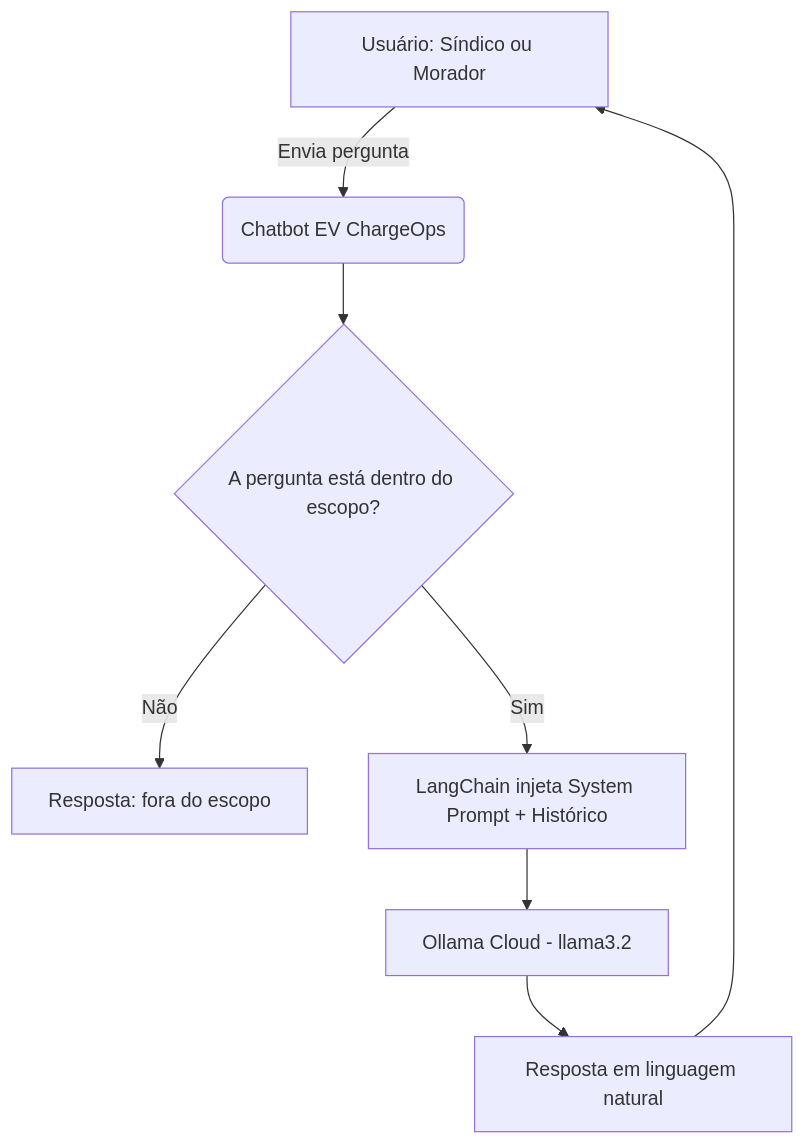
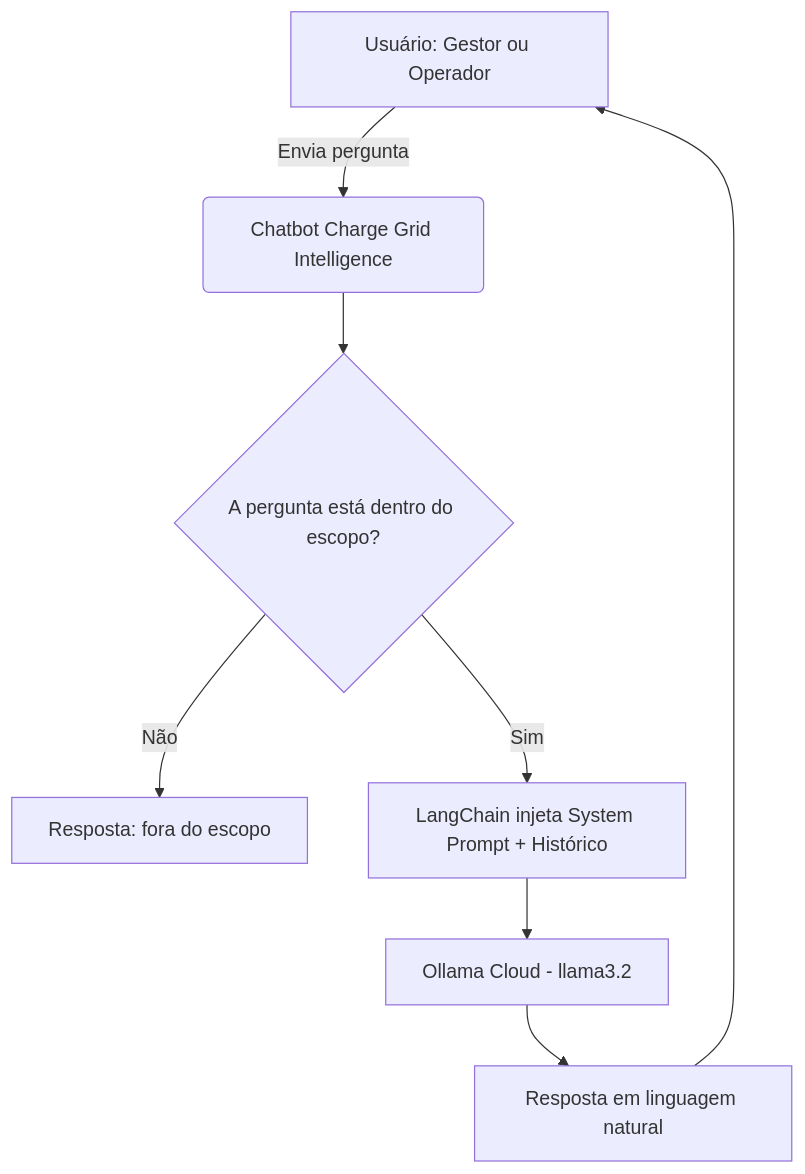
The diagram in README.md (pedrosampaiom2007-gif/Sprint-1-Hercules), drawn with Mermaid before and after one commit. The commit also changed other lines of this file, not shown here.

````diff
--- a/README.md
+++ b/README.md
@@ -87,10 +94,10 @@
 ```mermaid
 graph TD
-    A[Usuário: Síndico ou Morador] -->|Envia pergunta| B(Chatbot EV ChargeOps)
+    A[Usuário: Gestor ou Operador] -->|Envia pergunta| B(Chatbot Charge Grid Intelligence)
     B --> C{A pergunta está dentro do escopo?}
     C -->|Não| D[Resposta: fora do escopo]
     C -->|Sim| E[LangChain injeta System Prompt + Histórico]
     E --> F[Ollama Cloud - llama3.2]
     F --> G[Resposta em linguagem natural]
     G --> A
 ```
````
